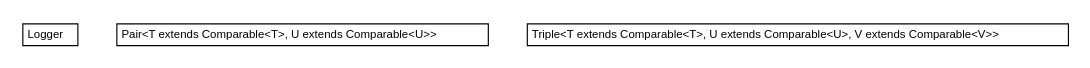
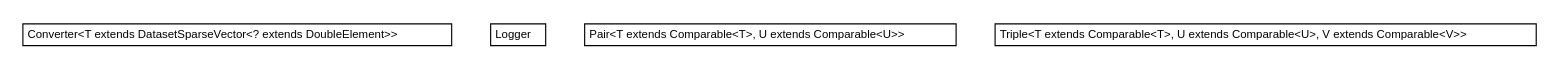
One commit to UnicaLabs-CS/Foresee changed the diagram in docs/it/unica/foresee/utils/it.unica.foresee.utils.dot. Above: the diagram before and after it, drawn with Graphviz. The commit also changed 200 other files, not shown here.

```diff
--- a/docs/it/unica/foresee/utils/it.unica.foresee.utils.dot
+++ b/docs/it/unica/foresee/utils/it.unica.foresee.utils.dot
@@ -1,30 +1,36 @@
 #!/usr/local/bin/dot
 #
 # Class diagram 
 # Generated by UMLGraph version 5.2 (http://www.umlgraph.org/)
 #
 
 digraph G {
 	edge [fontname="Helvetica",fontsize=10,labelfontname="Helvetica",labelfontsize=10];
 	node [fontname="Helvetica",fontsize=10,shape=plaintext];
 	nodesep=0.25;
 	ranksep=0.5;
+	// it.unica.foresee.utils.Converter<T extends it.unica.foresee.datasets.DatasetSparseVector<? extends it.unica.foresee.datasets.DoubleElement>>
+	c0 [label=<<table title="it.unica.foresee.utils.Converter" border="0" cellborder="1" cellspacing="0" cellpadding="2" port="p" href="./Converter.html">
+		<tr><td><table border="0" cellspacing="0" cellpadding="1">
+<tr><td align="center" balign="center"> Converter&lt;T extends DatasetSparseVector&lt;? extends DoubleElement&gt;&gt; </td></tr>
+		</table></td></tr>
+		</table>>, fontname="Helvetica", fontcolor="black", fontsize=10.0];
 	// it.unica.foresee.utils.Logger
-	c0 [label=<<table title="it.unica.foresee.utils.Logger" border="0" cellborder="1" cellspacing="0" cellpadding="2" port="p" href="./Logger.html">
+	c1 [label=<<table title="it.unica.foresee.utils.Logger" border="0" cellborder="1" cellspacing="0" cellpadding="2" port="p" href="./Logger.html">
 		<tr><td><table border="0" cellspacing="0" cellpadding="1">
 <tr><td align="center" balign="center"> Logger </td></tr>
 		</table></td></tr>
 		</table>>, fontname="Helvetica", fontcolor="black", fontsize=10.0];
 	// it.unica.foresee.utils.Pair<T extends java.lang.Comparable<T>, U extends java.lang.Comparable<U>>
-	c1 [label=<<table title="it.unica.foresee.utils.Pair" border="0" cellborder="1" cellspacing="0" cellpadding="2" port="p" href="./Pair.html">
+	c2 [label=<<table title="it.unica.foresee.utils.Pair" border="0" cellborder="1" cellspacing="0" cellpadding="2" port="p" href="./Pair.html">
 		<tr><td><table border="0" cellspacing="0" cellpadding="1">
 <tr><td align="center" balign="center"> Pair&lt;T extends Comparable&lt;T&gt;, U extends Comparable&lt;U&gt;&gt; </td></tr>
 		</table></td></tr>
 		</table>>, fontname="Helvetica", fontcolor="black", fontsize=10.0];
 	// it.unica.foresee.utils.Triple<T extends java.lang.Comparable<T>, U extends java.lang.Comparable<U>, V extends java.lang.Comparable<V>>
-	c2 [label=<<table title="it.unica.foresee.utils.Triple" border="0" cellborder="1" cellspacing="0" cellpadding="2" port="p" href="./Triple.html">
+	c3 [label=<<table title="it.unica.foresee.utils.Triple" border="0" cellborder="1" cellspacing="0" cellpadding="2" port="p" href="./Triple.html">
 		<tr><td><table border="0" cellspacing="0" cellpadding="1">
 <tr><td align="center" balign="center"> Triple&lt;T extends Comparable&lt;T&gt;, U extends Comparable&lt;U&gt;, V extends Comparable&lt;V&gt;&gt; </td></tr>
 		</table></td></tr>
 		</table>>, fontname="Helvetica", fontcolor="black", fontsize=10.0];
 }
```
